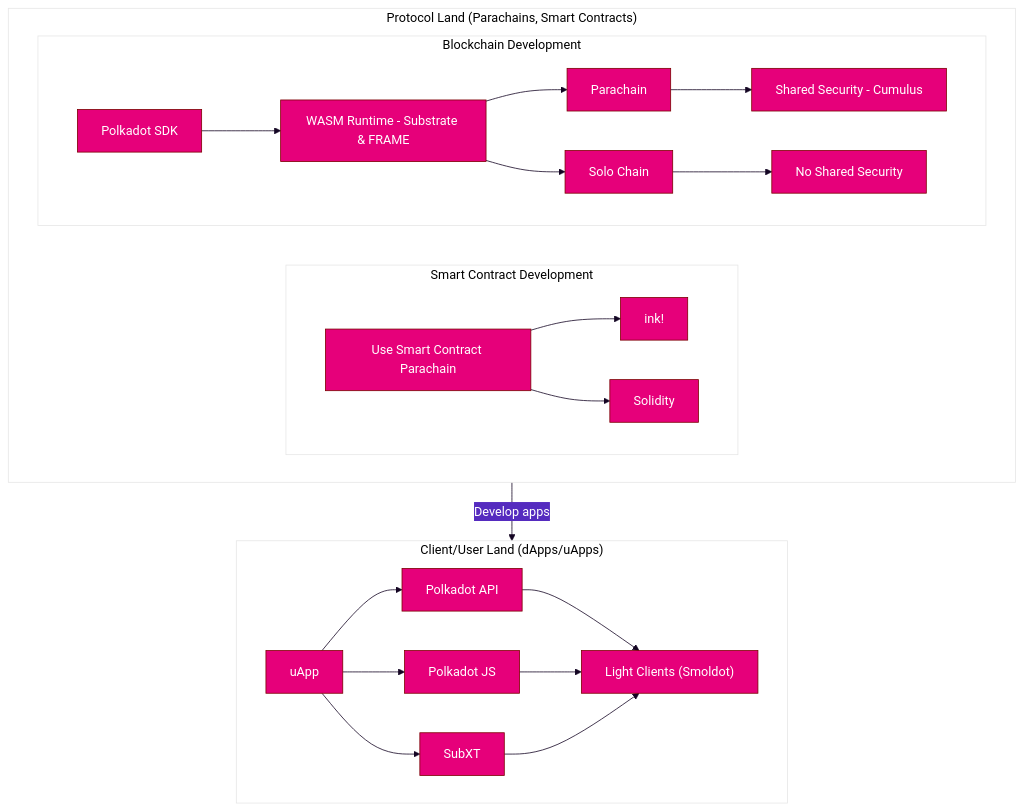
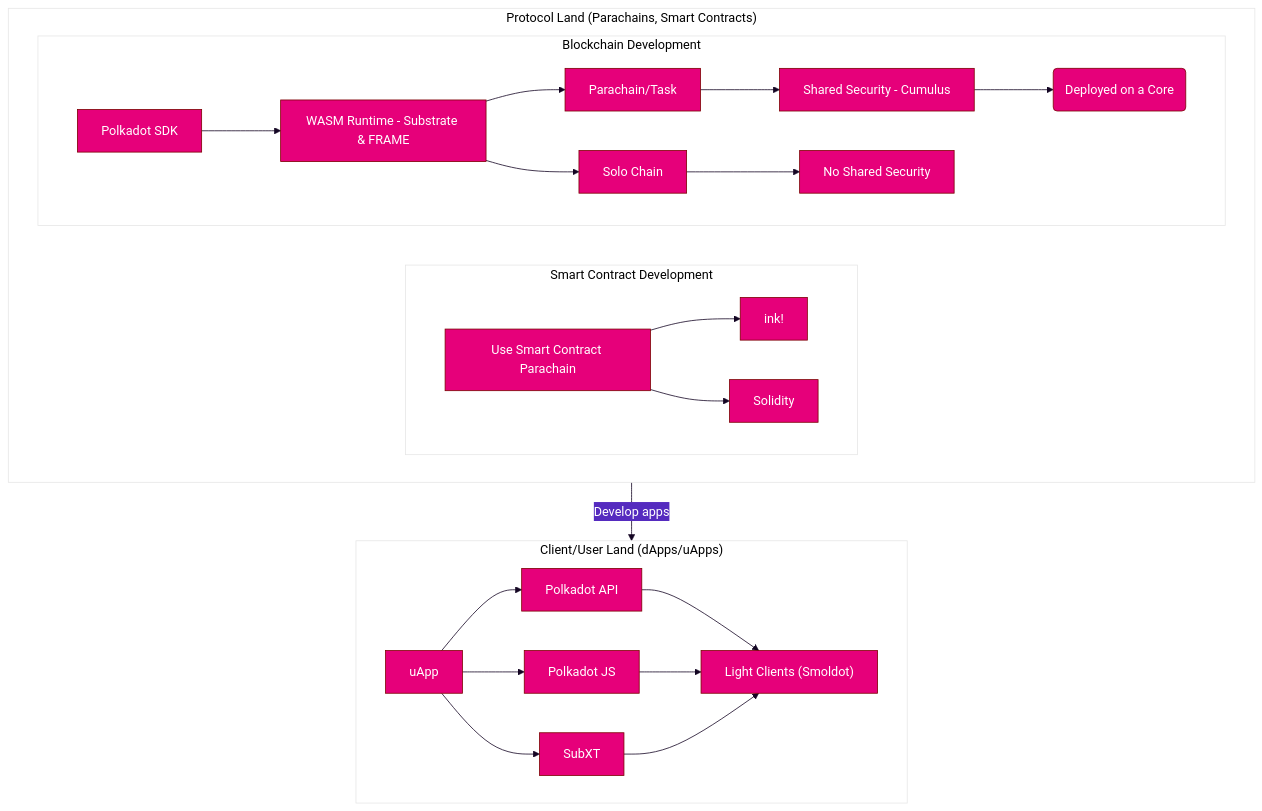
The diagram in docs/build/build-guide.md (w3f/polkadot-wiki), drawn with Mermaid before and after one commit. The commit also changed other lines of this file and 1 other file, not shown here.

````diff
--- a/docs/build/build-guide.md
+++ b/docs/build/build-guide.md
@@ -57,47 +67,47 @@
 ```mermaid
 %%{
   init: {
     'theme': 'base',
     'themeVariables': {
       'fontFamily': 'Unbounded',
       'primaryColor': '#E6007A',
       'fontSize': '16px',
       'primaryTextColor': '#fff',
       'primaryBorderColor': '#7C0000',
       'lineColor': '#140523',
       'secondaryColor': '#552BBF',
       'tertiaryColor': '#fff'
     }
   }
 }%%
 flowchart TB
     subgraph PL ["Protocol Land (Parachains, Smart Contracts)"]
 
         subgraph SCD ["Smart Contract Development"]
           direction LR
           SC["Use Smart Contract Parachain"]
           SC --> ink!
           SC --> Solidity
         end
 
         subgraph PSL ["Blockchain Development"]
            direction LR
            PS["Polkadot SDK"] --> R[WASM Runtime - Substrate & FRAME]
-           R -->Parachain["Parachain"]-->SSC["Shared Security - Cumulus"]
+           R -->Parachain["Parachain/Task"]-->SSC["Shared Security - Cumulus"]-->Core("Deployed on a Core")
            R -->SoloChain[Solo Chain]-->NSS["No Shared Security"]
         end
     end
 
     PL-->| Develop apps| CS
 
     subgraph CS ["Client/User Land (dApps/uApps)"]
         LC["Light Clients (Smoldot)"]
         UA[uApp]
         UA --> PAPI[Polkadot API]
         UA --> PJS[Polkadot JS]
         UA --> SubXT
         PAPI --> LC
         PJS --> LC
         SubXT --> LC
     end
 ```
````
